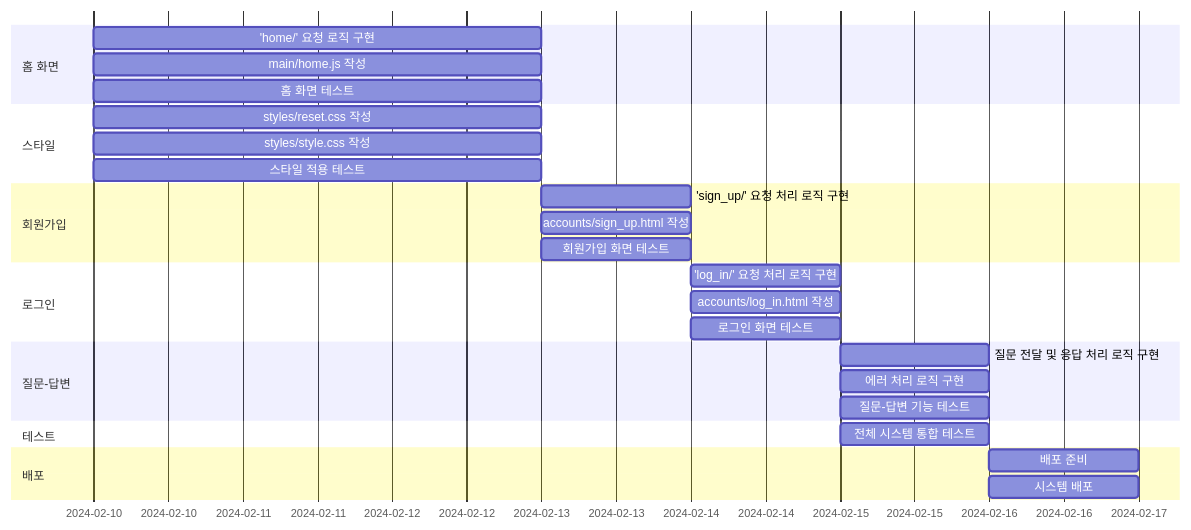
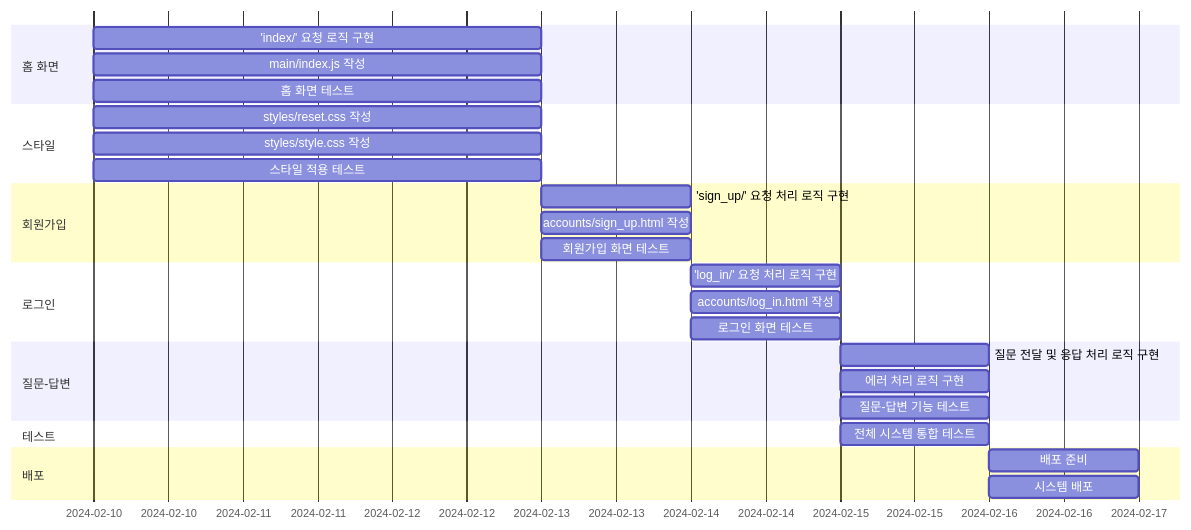
The second of 2 diagrams in README.md (TheRealParkJoohyung/product-pricing), drawn with Mermaid before and after one commit.

````diff
--- a/README.md
+++ b/README.md
@@ -138,38 +138,38 @@
 ```mermaid
 gantt
     todayMarker off
 dateFormat YYYY-MM-DD
 
 section 홈 화면
-'home/' 요청 로직 구현 :2024-02-10, 3d
-main/home.js 작성 :2024-02-10, 3d
+'index/' 요청 로직 구현 :2024-02-10, 3d
+main/index.js 작성 :2024-02-10, 3d
 홈 화면 테스트 :2024-02-10, 3d
 
 section 스타일
 styles/reset.css 작성 :2024-02-10, 3d
 styles/style.css 작성 :2024-02-10, 3d
 스타일 적용 테스트 :2024-02-10, 3d
 
 section 회원가입
 'sign_up/' 요청 처리 로직 구현 :2024-02-13, 1d
 accounts/sign_up.html 작성 :2024-02-13, 1d
 회원가입 화면 테스트 :2024-02-13, 1d
 
 section 로그인
 'log_in/' 요청 처리 로직 구현 :2024-02-14, 1d
 accounts/log_in.html 작성 :2024-02-14, 1d
 로그인 화면 테스트 :2024-02-14, 1d
 
 section 질문-답변
 질문 전달 및 응답 처리 로직 구현 :2024-02-15, 1d
 에러 처리 로직 구현 :2024-02-15, 1d
 질문-답변 기능 테스트 :2024-02-15, 1d
 
 section 테스트
 전체 시스템 통합 테스트 :2024-02-15, 1d
 
 section 배포
 배포 준비 :2024-02-16, 1d
 시스템 배포 :2024-02-16, 1d
 
 ```
````
